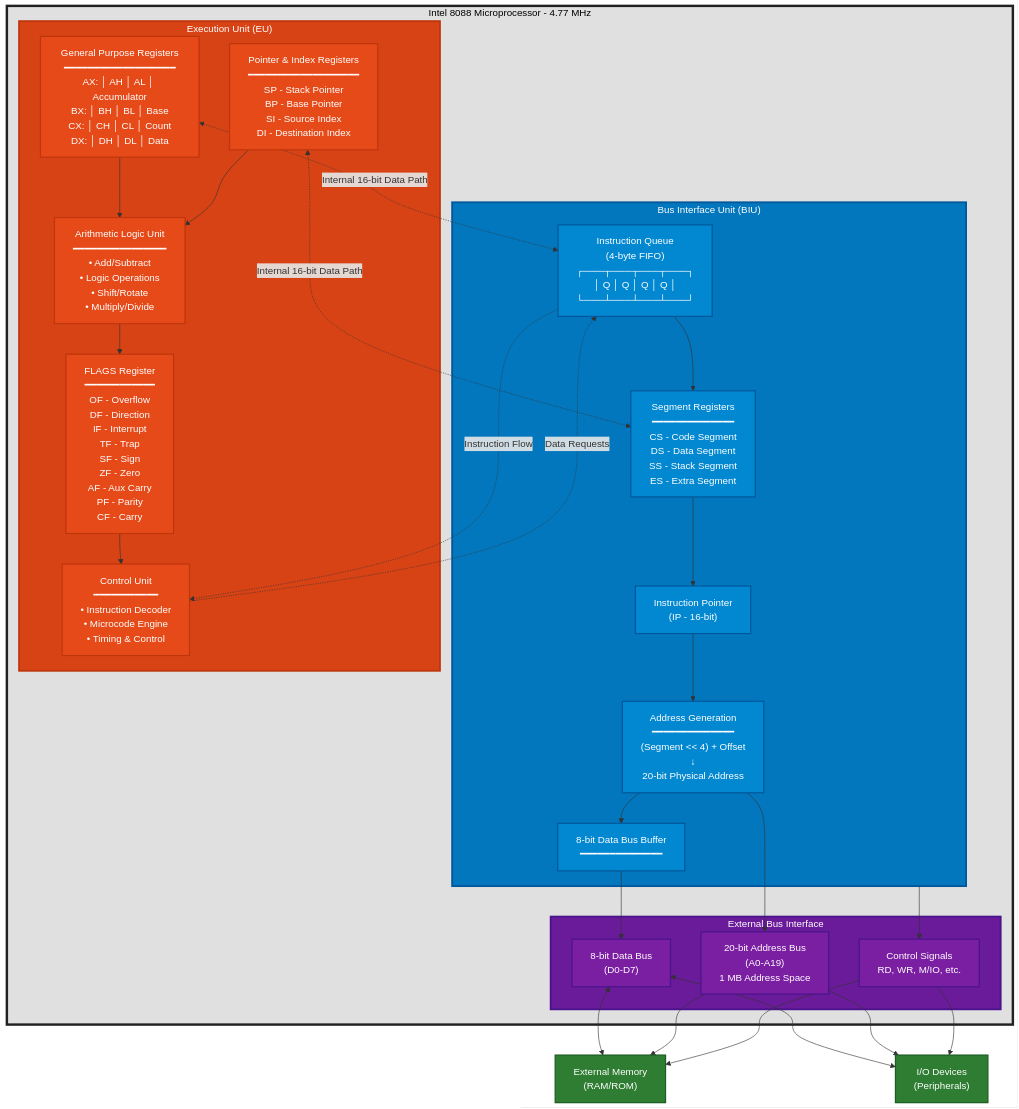
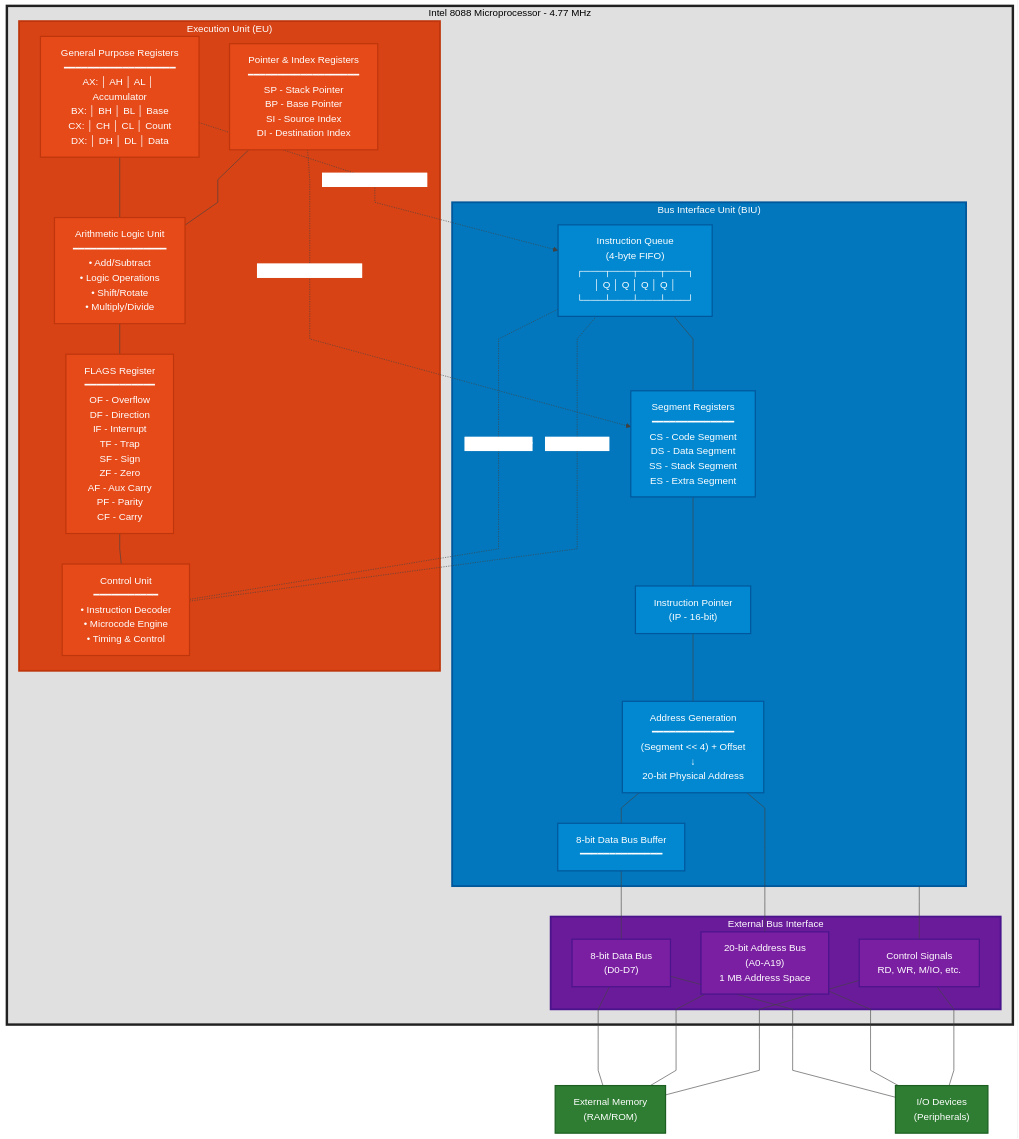
Before and after one commit to dreamldx/dreamldx.github.io: the diagram in _posts/2025-11-03-ibm-pc-8088-architecture.md, drawn with Mermaid.

Commit message:
Use right-angle connecting lines in Mermaid diagram
- Change from 'graph' to 'flowchart' for better edge routing
- Add curve: linear configuration for orthogonal connections
- Update connection syntax for cleaner right-angle lines
- Add centralized theme configuration
- More technical/schematic appearance
- Better visual clarity with straight connector lines

````diff
--- a/_posts/2025-11-03-ibm-pc-8088-architecture.md
+++ b/_posts/2025-11-03-ibm-pc-8088-architecture.md
@@ -59,5 +59,6 @@
 ```mermaid
-graph TB
+%%{init: {'theme':'base', 'themeVariables': { 'primaryColor':'#0277bd','primaryTextColor':'#fff','primaryBorderColor':'#01579b','lineColor':'#424242','secondaryColor':'#d84315','tertiaryColor':'#6a1b9a','clusterBkg':'#e0e0e0','clusterBorder':'#212121','edgeLabelBackground':'#ffffff'},'flowchart':{'curve':'linear'}}}%%
+flowchart TB
     subgraph CPU["Intel 8088 Microprocessor - 4.77 MHz"]
         subgraph BIU["Bus Interface Unit (BIU)"]
             Queue["Instruction Queue<br/>(4-byte FIFO)<br/>┌───┬───┬───┬───┐<br/>│ Q │ Q │ Q │ Q │<br/>└───┴───┴───┴───┘"]
@@ -70,10 +71,10 @@
 
             BusBuffer["8-bit Data Bus Buffer<br/>━━━━━━━━━━━━━━"]
 
-            Queue --> SegRegs
-            SegRegs --> IP
-            IP --> AddrGen
-            AddrGen --> BusBuffer
+            Queue ---|" "| SegRegs
+            SegRegs ---|" "| IP
+            IP ---|" "| AddrGen
+            AddrGen ---|" "| BusBuffer
         end
 
         subgraph EU["Execution Unit (EU)"]
@@ -87,10 +88,10 @@
 
             Control["Control Unit<br/>━━━━━━━━━━━<br/>• Instruction Decoder<br/>• Microcode Engine<br/>• Timing & Control"]
 
-            GenRegs --> ALU
-            PtrRegs --> ALU
-            ALU --> FLAGS
-            FLAGS --> Control
+            GenRegs ---|" "| ALU
+            PtrRegs ---|" "| ALU
+            ALU ---|" "| FLAGS
+            FLAGS ---|" "| Control
         end
 
         subgraph ExtBus["External Bus Interface"]
@@ -99,25 +100,25 @@
             CtrlSig["Control Signals<br/>RD, WR, M/IO, etc."]
         end
 
-        Queue -.->|"Instruction Flow"| Control
-        Control -.->|"Data Requests"| Queue
-        BusBuffer --> DataBus
-        AddrGen --> AddrBus
-        BIU --> CtrlSig
+        Queue -.-|"Instruction Flow"| Control
+        Control -.-|"Data Requests"| Queue
+        BusBuffer ---|" "| DataBus
+        AddrGen ---|" "| AddrBus
+        BIU ---|" "| CtrlSig
 
-        GenRegs <-.->|"Internal 16-bit Data Path"| Queue
-        PtrRegs <-.->|"Internal 16-bit Data Path"| SegRegs
+        GenRegs -.->|"Internal 16-bit Data Path"| Queue
+        PtrRegs -.->|"Internal 16-bit Data Path"| SegRegs
     end
 
     Memory["External Memory<br/>(RAM/ROM)"]
     IO["I/O Devices<br/>(Peripherals)"]
 
-    DataBus <--> Memory
-    DataBus <--> IO
-    AddrBus --> Memory
-    AddrBus --> IO
-    CtrlSig --> Memory
-    CtrlSig --> IO
+    DataBus <---|" "| Memory
+    DataBus <---|" "| IO
+    AddrBus ---|" "| Memory
+    AddrBus ---|" "| IO
+    CtrlSig ---|" "| Memory
+    CtrlSig ---|" "| IO
 
     style BIU fill:#0277bd,stroke:#01579b,stroke-width:3px,color:#fff
     style EU fill:#d84315,stroke:#bf360c,stroke-width:3px,color:#fff
````
